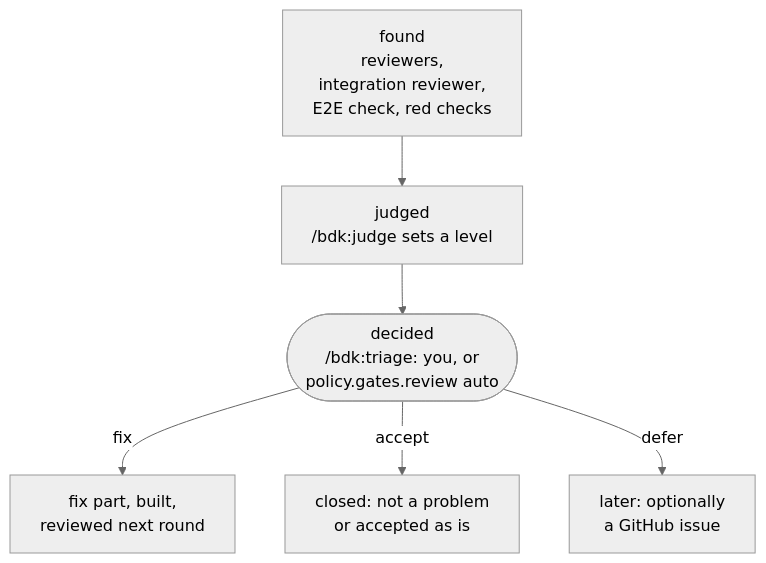
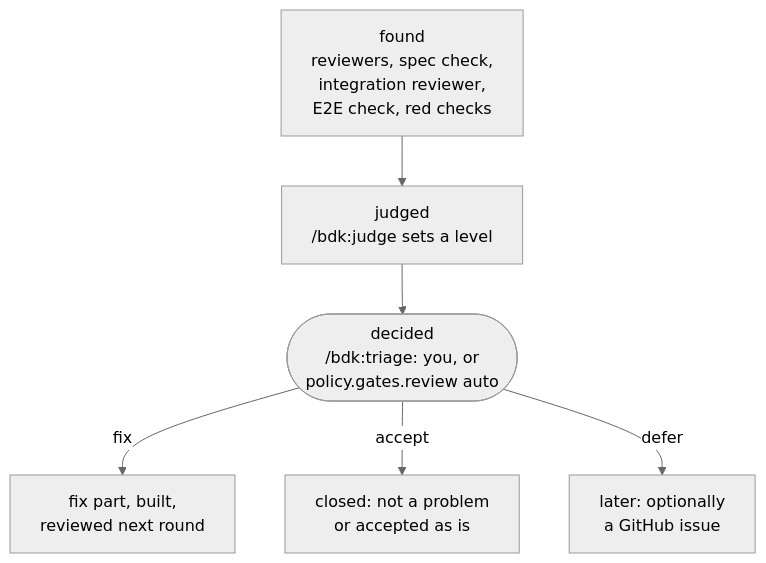
One commit to broneq/bdk changed the diagram in docs/concepts/findings.md. Above: the diagram before and after it, drawn with Mermaid (neutral theme). The commit also changed other lines of this file and 75 other files, not shown here.

First line of the commit message:
feat(skills): check spec conformance in every review round

````diff
--- a/docs/concepts/findings.md
+++ b/docs/concepts/findings.md
@@ -5,8 +5,8 @@
 ```mermaid
 flowchart TB
-  F["found<br/>reviewers,<br/>integration reviewer,<br/>E2E check, red checks"] --> J["judged<br/>/bdk:judge sets a level"]
+  F["found<br/>reviewers, spec check,<br/>integration reviewer,<br/>E2E check, red checks"] --> J["judged<br/>/bdk:judge sets a level"]
   J --> D(["decided<br/>/bdk:triage: you, or<br/>policy.gates.review auto"])
   D -->|"fix"| X["fix part, built,<br/>reviewed next round"]
   D -->|"accept"| A["closed: not a problem<br/>or accepted as is"]
   D -->|"defer"| L["later: optionally<br/>a GitHub issue"]
 ```
````
